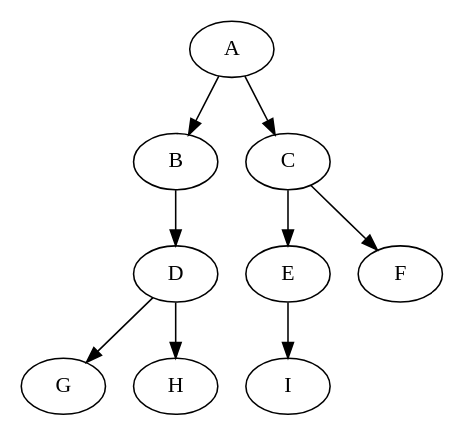
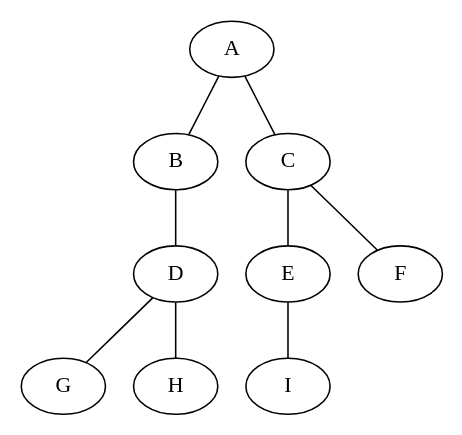
Before and after one commit to chrischen3121/notes: the fifth of 11 diagrams in org/CS/TreeAndGraph.org, drawn with Graphviz. The commit also changed other lines of this file and 17 other files, not shown here.

```diff
--- a/org/CS/TreeAndGraph.org
+++ b/org/CS/TreeAndGraph.org
@@ -200,14 +200,14 @@
 #+BEGIN_SRC dot :file ../resources/TreeAndGraph/TreeTraversal.png :cmdline -Kdot -Tpng		
-  digraph binarytree{
+  graph binarytree{
     size="3,3";
     graph [ordering="out"];
-    "A" -> "B";
-    "B" -> "D";
-    "D" -> "G";
-    "D" -> "H";
-    "A" -> "C";
-    "C" -> "E";
-    "C" -> "F";
-    "E" -> "I";
+    "A" -- "B";
+    "B" -- "D";
+    "D" -- "G";
+    "D" -- "H";
+    "A" -- "C";
+    "C" -- "E";
+    "C" -- "F";
+    "E" -- "I";
   }
 #+END_SRC
```
